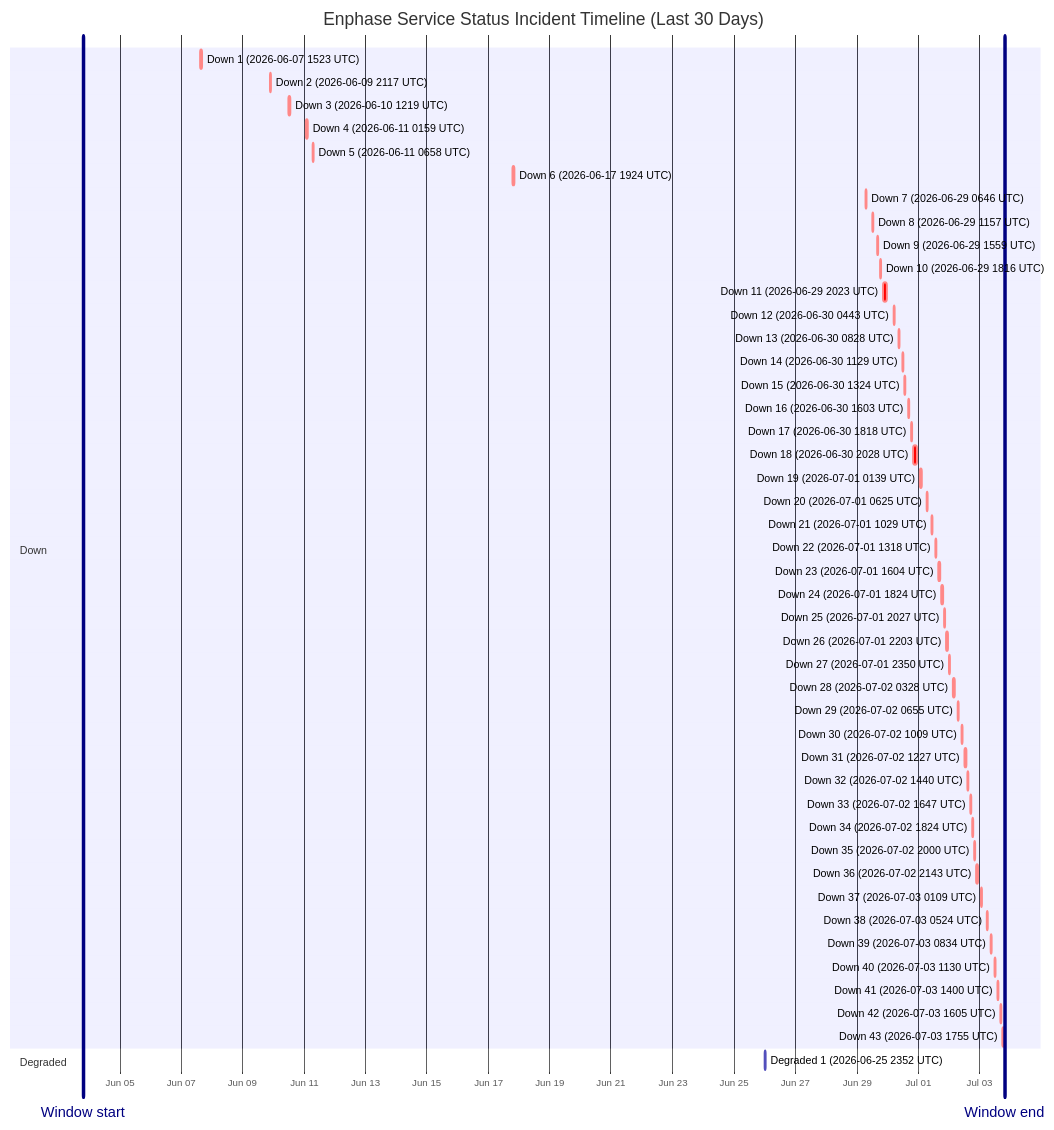
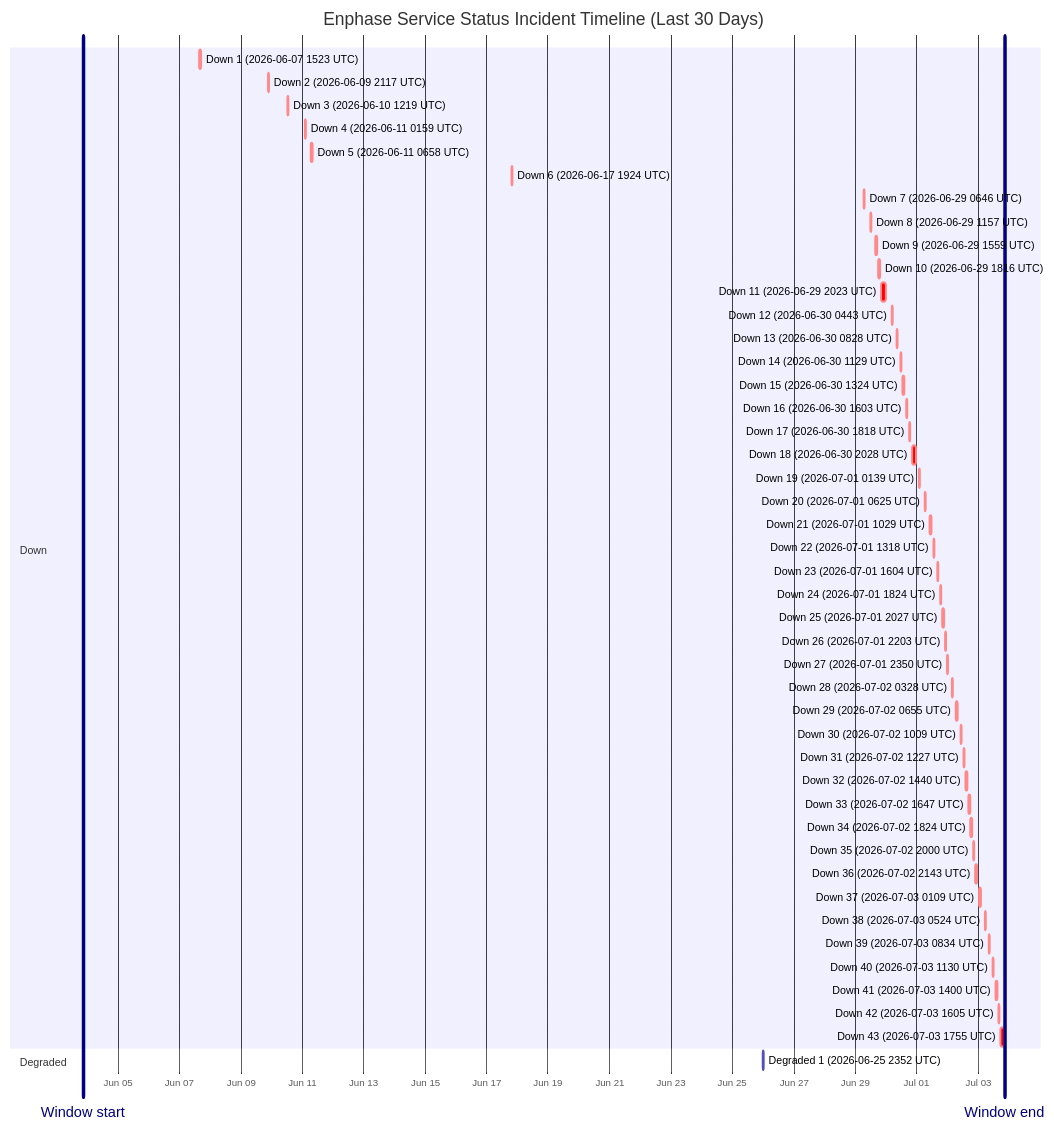
One commit to barneyonline/ha-enphase-energy changed the diagram in wiki/Service-Status-History.md. Above: the diagram before and after it, drawn with Mermaid. The commit also changed other lines of this file and 3 other files, not shown here.

````diff
--- a/wiki/Service-Status-History.md
+++ b/wiki/Service-Status-History.md
@@ -14,54 +14,54 @@
 ```mermaid
 gantt
     title Enphase Service Status Incident Timeline (Last 30 Days)
     dateFormat  YYYY-MM-DDTHH:mm:ss
     axisFormat  %b %d
-    Window start :vert, window-start, 2026-06-03T19:23:33, 0ms
-    Window end :vert, window-end, 2026-07-03T19:23:33, 0ms
+    Window start :vert, window-start, 2026-06-03T20:37:29, 0ms
+    Window end :vert, window-end, 2026-07-03T20:37:29, 0ms
     section Down
     Down 1 (2026-06-07 1523 UTC) :crit, down-1, 2026-06-07T15:23:22, 87m
     Down 2 (2026-06-09 2117 UTC) :crit, down-2, 2026-06-09T21:17:17, 60m
     Down 3 (2026-06-10 1219 UTC) :crit, down-3, 2026-06-10T12:19:21, 60m
     Down 4 (2026-06-11 0159 UTC) :crit, down-4, 2026-06-11T01:59:36, 60m
     Down 5 (2026-06-11 0658 UTC) :crit, down-5, 2026-06-11T06:58:45, 60m
     Down 6 (2026-06-17 1924 UTC) :crit, down-6, 2026-06-17T19:24:51, 60m
     Down 7 (2026-06-29 0646 UTC) :crit, down-7, 2026-06-29T06:46:18, 60m
     Down 8 (2026-06-29 1157 UTC) :crit, down-8, 2026-06-29T11:57:36, 60m
     Down 9 (2026-06-29 1559 UTC) :crit, down-9, 2026-06-29T15:59:02, 60m
     Down 10 (2026-06-29 1816 UTC) :crit, down-10, 2026-06-29T18:16:38, 60m
     Down 11 (2026-06-29 2023 UTC) :crit, down-11, 2026-06-29T20:23:16, 220m
     Down 12 (2026-06-30 0443 UTC) :crit, down-12, 2026-06-30T04:43:54, 60m
     Down 13 (2026-06-30 0828 UTC) :crit, down-13, 2026-06-30T08:28:43, 60m
     Down 14 (2026-06-30 1129 UTC) :crit, down-14, 2026-06-30T11:29:15, 60m
     Down 15 (2026-06-30 1324 UTC) :crit, down-15, 2026-06-30T13:24:25, 60m
     Down 16 (2026-06-30 1603 UTC) :crit, down-16, 2026-06-30T16:03:26, 60m
     Down 17 (2026-06-30 1818 UTC) :crit, down-17, 2026-06-30T18:18:39, 60m
     Down 18 (2026-06-30 2028 UTC) :crit, down-18, 2026-06-30T20:28:54, 171m
     Down 19 (2026-07-01 0139 UTC) :crit, down-19, 2026-07-01T01:39:18, 60m
     Down 20 (2026-07-01 0625 UTC) :crit, down-20, 2026-07-01T06:25:35, 60m
     Down 21 (2026-07-01 1029 UTC) :crit, down-21, 2026-07-01T10:29:24, 60m
     Down 22 (2026-07-01 1318 UTC) :crit, down-22, 2026-07-01T13:18:31, 60m
     Down 23 (2026-07-01 1604 UTC) :crit, down-23, 2026-07-01T16:04:29, 60m
     Down 24 (2026-07-01 1824 UTC) :crit, down-24, 2026-07-01T18:24:21, 60m
     Down 25 (2026-07-01 2027 UTC) :crit, down-25, 2026-07-01T20:27:17, 60m
     Down 26 (2026-07-01 2203 UTC) :crit, down-26, 2026-07-01T22:03:46, 60m
     Down 27 (2026-07-01 2350 UTC) :crit, down-27, 2026-07-01T23:50:52, 60m
     Down 28 (2026-07-02 0328 UTC) :crit, down-28, 2026-07-02T03:28:33, 60m
     Down 29 (2026-07-02 0655 UTC) :crit, down-29, 2026-07-02T06:55:07, 60m
     Down 30 (2026-07-02 1009 UTC) :crit, down-30, 2026-07-02T10:09:15, 60m
     Down 31 (2026-07-02 1227 UTC) :crit, down-31, 2026-07-02T12:27:49, 60m
     Down 32 (2026-07-02 1440 UTC) :crit, down-32, 2026-07-02T14:40:53, 60m
     Down 33 (2026-07-02 1647 UTC) :crit, down-33, 2026-07-02T16:47:47, 60m
     Down 34 (2026-07-02 1824 UTC) :crit, down-34, 2026-07-02T18:24:26, 60m
     Down 35 (2026-07-02 2000 UTC) :crit, down-35, 2026-07-02T20:00:57, 60m
     Down 36 (2026-07-02 2143 UTC) :crit, down-36, 2026-07-02T21:43:52, 80m
     Down 37 (2026-07-03 0109 UTC) :crit, down-37, 2026-07-03T01:09:19, 60m
     Down 38 (2026-07-03 0524 UTC) :crit, down-38, 2026-07-03T05:24:23, 60m
     Down 39 (2026-07-03 0834 UTC) :crit, down-39, 2026-07-03T08:34:05, 60m
     Down 40 (2026-07-03 1130 UTC) :crit, down-40, 2026-07-03T11:30:41, 60m
     Down 41 (2026-07-03 1400 UTC) :crit, down-41, 2026-07-03T14:00:48, 60m
     Down 42 (2026-07-03 1605 UTC) :crit, down-42, 2026-07-03T16:05:49, 60m
-    Down 43 (2026-07-03 1755 UTC) :crit, down-43, 2026-07-03T17:55:54, 87m
+    Down 43 (2026-07-03 1755 UTC) :crit, down-43, 2026-07-03T17:55:54, 161m
     section Degraded
     Degraded 1 (2026-06-25 2352 UTC) :active, degraded-1, 2026-06-25T23:52:01, 60m
 ```
````
